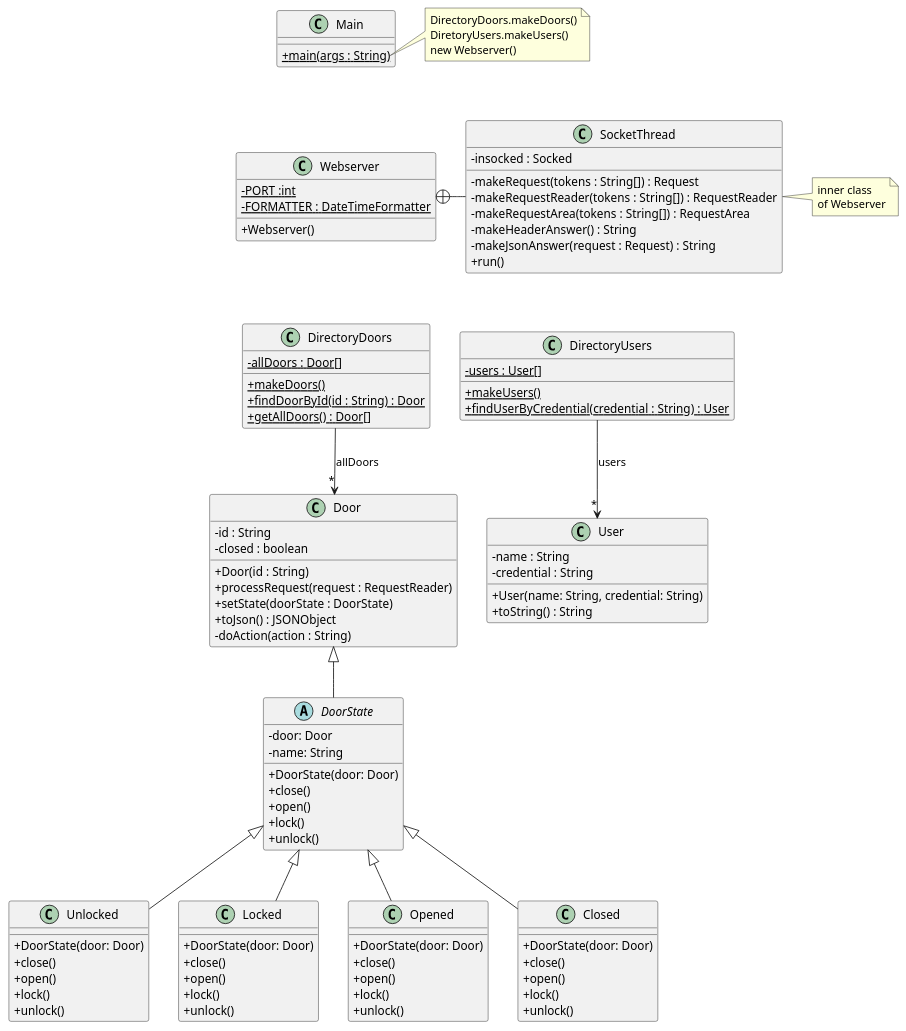
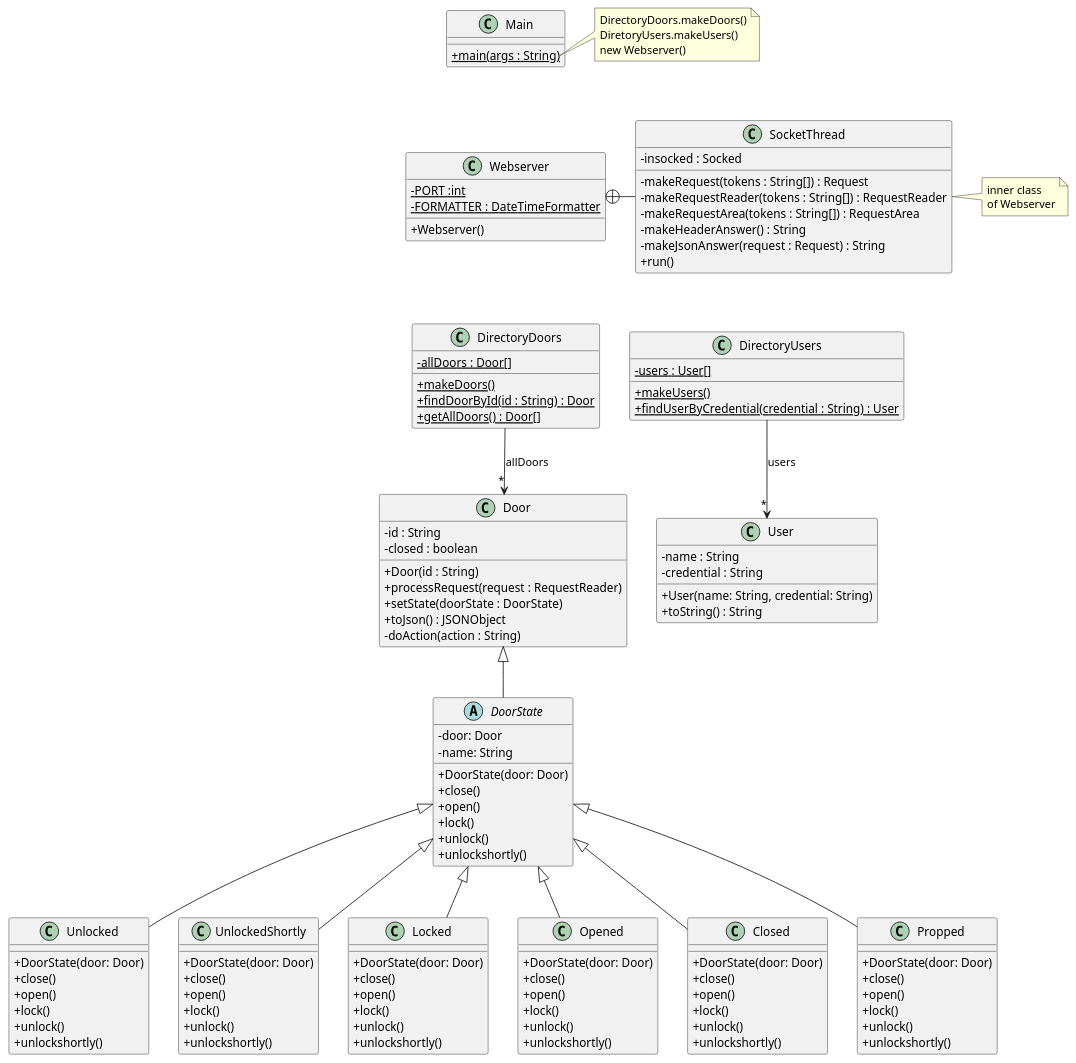
Before and after one commit to laiapns/Practica-DS: the diagram in src/baseNoStates/uml/base_no_states.puml, drawn with PlantUML. The commit also changed 9 other files, not shown here.

Commit message:
estats enllestits menys UnlockedShortly

```diff
--- a/src/baseNoStates/uml/base_no_states.puml
+++ b/src/baseNoStates/uml/base_no_states.puml
@@ -1,120 +1,140 @@
 @startuml
 'https://plantuml.com/class-diagram
 skinparam classAttributeIconSize 0
 
 class Webserver {
 - {static} PORT :int
 - {static} FORMATTER : DateTimeFormatter
 + Webserver()
 }
 
 class SocketThread {
 - insocked : Socked
 - makeRequest(tokens : String[]) : Request
 - makeRequestReader(tokens : String[]) : RequestReader
 - makeRequestArea(tokens : String[]) : RequestArea
 - makeHeaderAnswer() : String
 - makeJsonAnswer(request : Request) : String
 + run()
 }
 
 Webserver +-right- SocketThread
 
 note right of SocketThread
 inner class
 of Webserver
 end note
 
 class DirectoryDoors {
 - {static} allDoors : Door[]
 + {static} makeDoors()
 + {static} findDoorById(id : String) : Door
 + {static} getAllDoors() : Door[]
 }
 
 DirectoryDoors --> "*" Door : "allDoors"
 
 class DirectoryUsers {
 - {static} users : User[]
 + {static} makeUsers()
 + {static} findUserByCredential(credential : String) : User
 }
 
 DirectoryUsers --> "*" User : "users"
 
 class Door {
 - id : String
 - closed : boolean
 + Door(id : String)
 + processRequest(request : RequestReader)
 + setState(doorState : DoorState)
 + toJson() : JSONObject
 '+ toString() : String
 '+ isClosed() :boolean
 '+ setClosed(b : boolean)
 '+ getStateName() : String
 - doAction(action : String)
 }
 
 abstract class DoorState extends Door {
 - door: Door
 - name: String
 + DoorState(door: Door)
 + close()
 + open()
 + lock()
 + unlock()
++ unlockshortly()
 }
 
 class Unlocked extends DoorState{
 + DoorState(door: Door)
 + close()
 + open()
 + lock()
 + unlock()
++ unlockshortly()
 }
-
+class UnlockedShortly extends DoorState{
++ DoorState(door: Door)
++ close()
++ open()
++ lock()
++ unlock()
++ unlockshortly()
+}
 class Locked extends DoorState{
 + DoorState(door: Door)
 + close()
 + open()
 + lock()
 + unlock()
++ unlockshortly()
 }
 class Opened extends DoorState{
 + DoorState(door: Door)
 + close()
 + open()
 + lock()
 + unlock()
++ unlockshortly()
 }
 class Closed extends DoorState{
 + DoorState(door: Door)
 + close()
 + open()
 + lock()
 + unlock()
++ unlockshortly()
+}
+class Propped extends DoorState{
++ DoorState(door: Door)
++ close()
++ open()
++ lock()
++ unlock()
++ unlockshortly()
 }
 
 class User {
 - name : String
 - credential : String
 + User(name: String, credential: String)
 + toString() : String
 }
 
 
 class Main {
 + {static} main(args : String)
 }
 
 note right of Main::main
 DirectoryDoors.makeDoors()
 DiretoryUsers.makeUsers()
 new Webserver()
 end note
 
 Main -[hidden]down- Webserver
 Webserver -[hidden]down- DirectoryDoors
 DirectoryDoors -[hidden]right- DirectoryUsers
 @enduml
```
